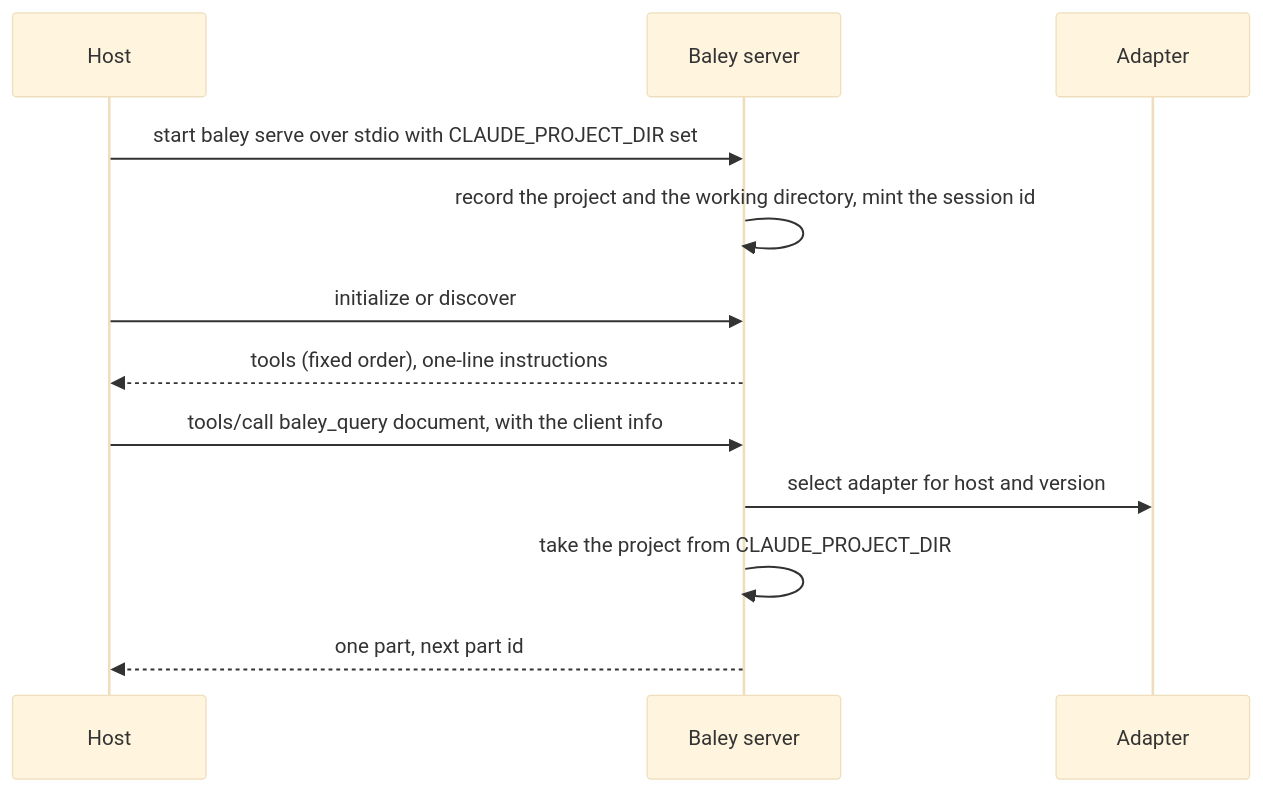
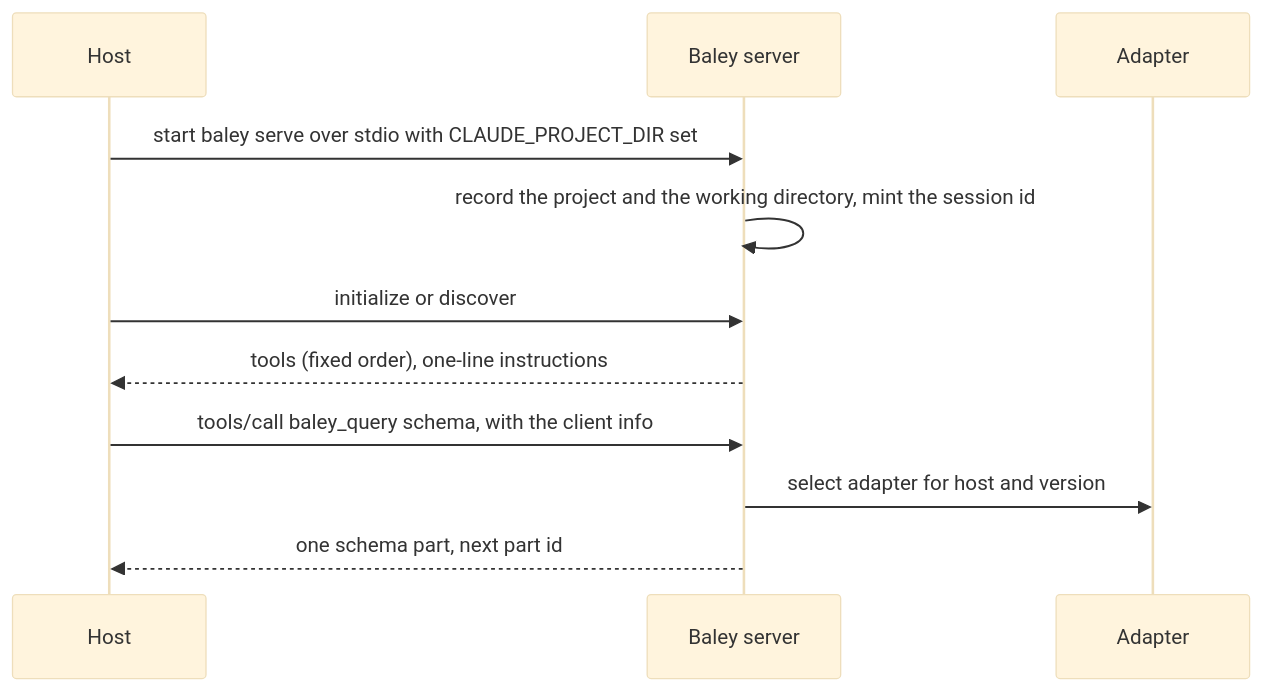
The third of 6 diagrams in docs/design/0012-host-interface.md (crenshawdev/baley), drawn with Mermaid (base theme) before and after one commit. The commit also changed other lines of this file, not shown here.

````diff
--- a/docs/design/0012-host-interface.md
+++ b/docs/design/0012-host-interface.md
@@ -189,14 +189,13 @@
 ```mermaid
 sequenceDiagram
   participant H as Host
   participant S as Baley server
   participant A as Adapter
   H->>S: start baley serve over stdio with CLAUDE_PROJECT_DIR set
   S->>S: record the project and the working directory, mint the session id
   H->>S: initialize or discover
   S-->>H: tools (fixed order), one-line instructions
-  H->>S: tools/call baley_query document, with the client info
+  H->>S: tools/call baley_query schema, with the client info
   S->>A: select adapter for host and version
-  S->>S: take the project from CLAUDE_PROJECT_DIR
-  S-->>H: one part, next part id
+  S-->>H: one schema part, next part id
 ```
````
